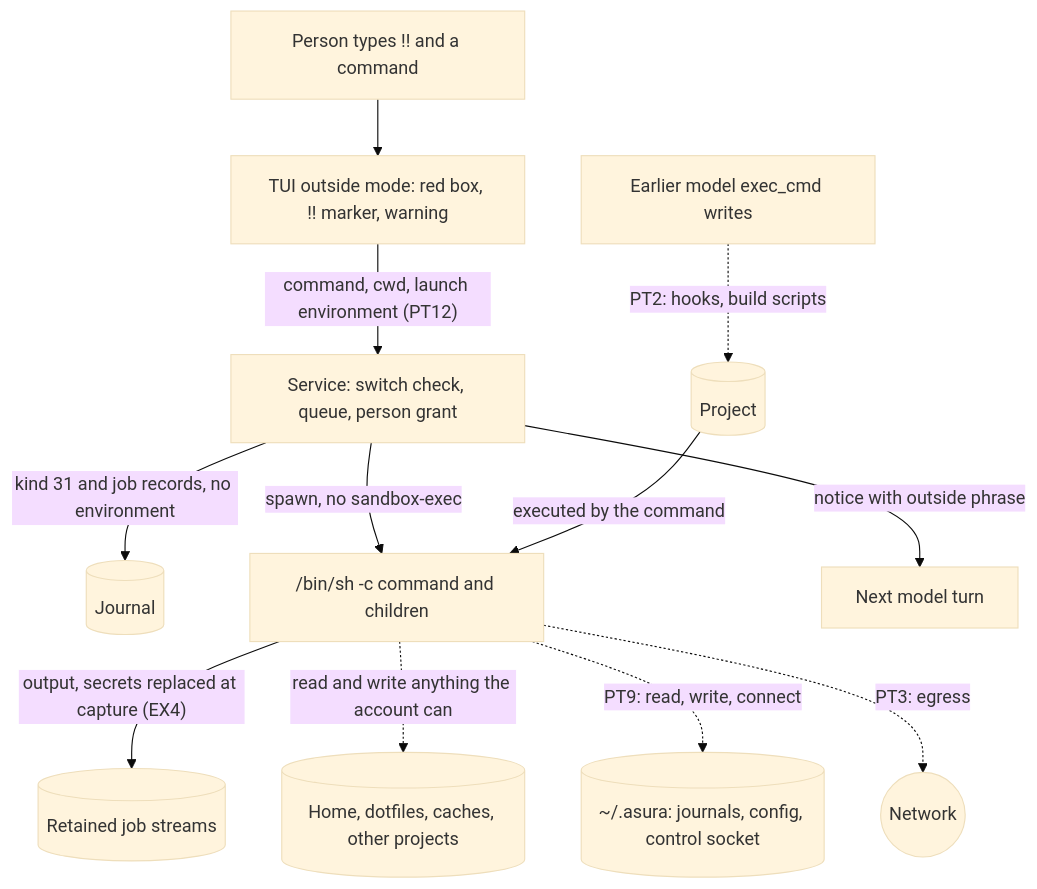
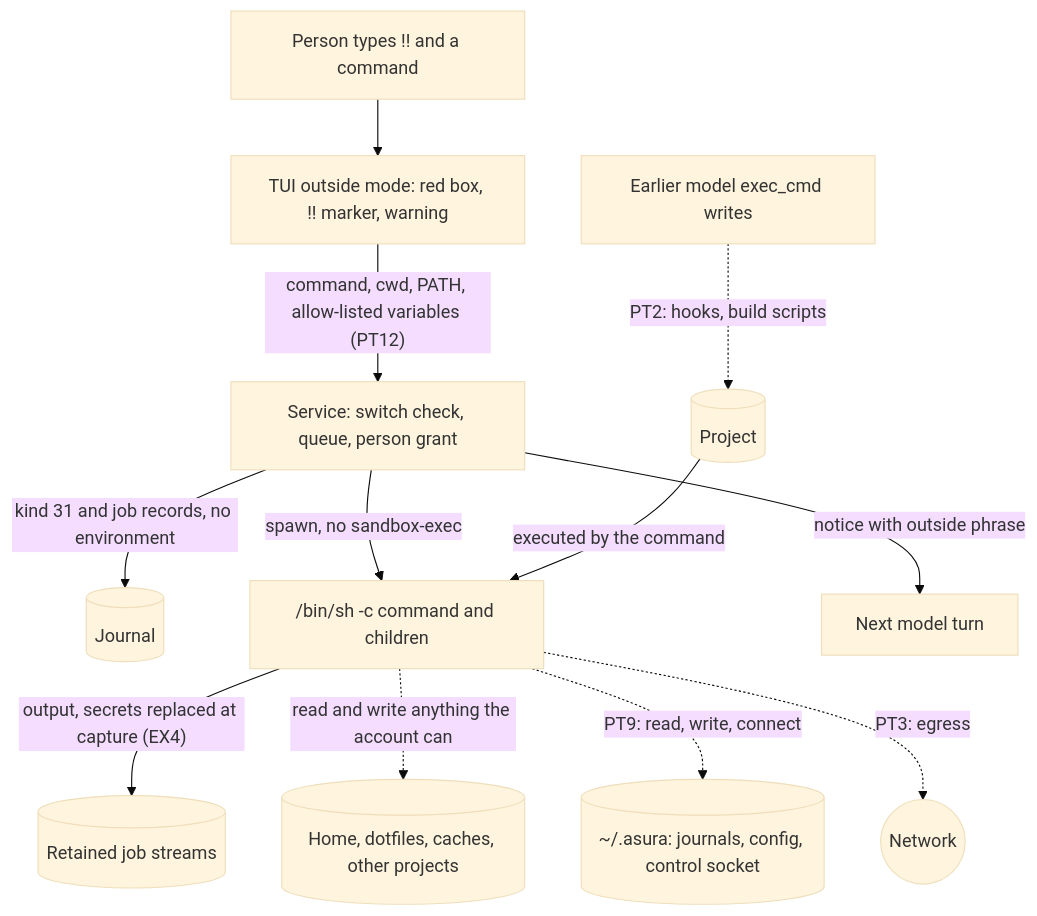
The third of 3 diagrams in docs/designs/execution-threat-model.md (pidster/asura), drawn with Mermaid (base theme) before and after one commit. The commit also changed other lines of this file and 9 other files, not shown here.

First line of the commit message:
Design the allow-list environment for person commands

````diff
--- a/docs/designs/execution-threat-model.md
+++ b/docs/designs/execution-threat-model.md
@@ -665,14 +665,14 @@
 ```mermaid
 flowchart TD
     Person["Person types !! and a command"] --> TUI["TUI outside mode: red box, !! marker, warning"]
-    TUI -->|"command, cwd, launch environment (PT12)"| Svc["Service: switch check, queue, person grant"]
+    TUI -->|"command, cwd, PATH, allow-listed variables (PT12)"| Svc["Service: switch check, queue, person grant"]
     Svc -->|"kind 31 and job records, no environment"| Journal[("Journal")]
     Svc -->|"spawn, no sandbox-exec"| Cmd["/bin/sh -c command and children"]
     Cmd -->|"output, secrets replaced at capture (EX4)"| Retained[("Retained job streams")]
     ModelWrites["Earlier model exec_cmd writes"] -.->|"PT2: hooks, build scripts"| Proj[("Project")]
     Proj -->|"executed by the command"| Cmd
     Cmd -.->|"read and write anything the account can"| Host[("Home, dotfiles, caches, other projects")]
     Cmd -.->|"PT9: read, write, connect"| State[("~/.asura: journals, config, control socket")]
     Cmd -.->|"PT3: egress"| Net(("Network"))
     Svc -->|"notice with outside phrase"| Next["Next model turn"]
 ```
````
